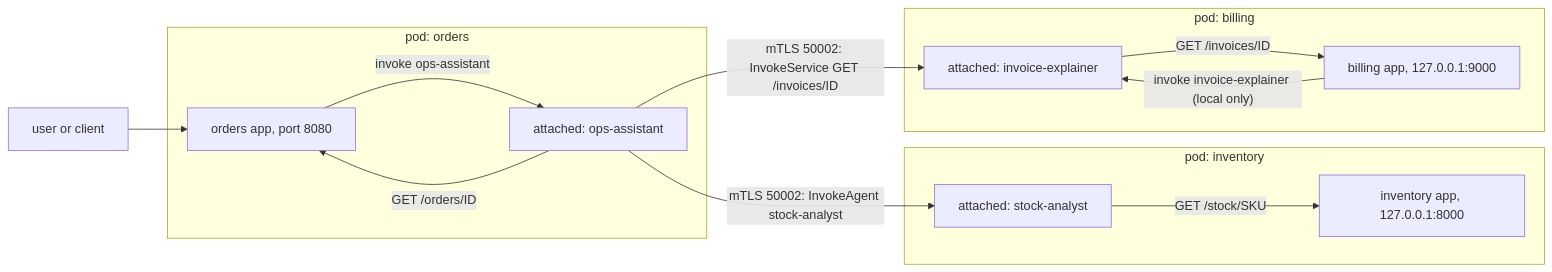
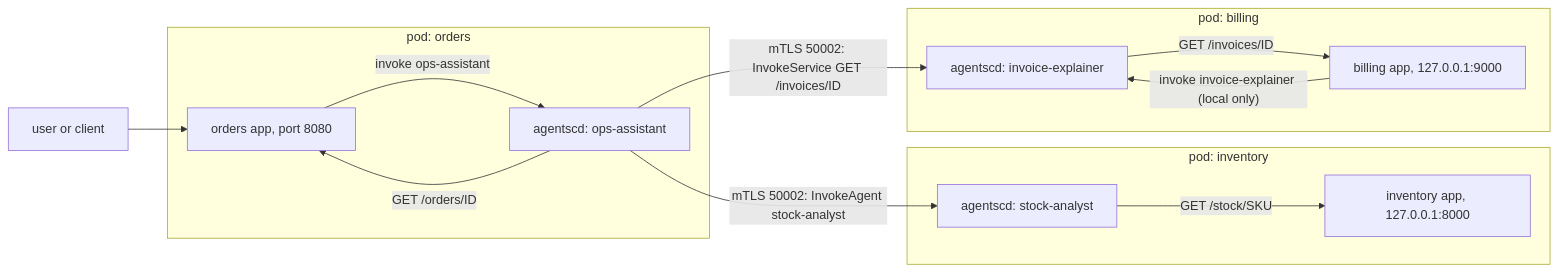
One commit to f8fvwgzc/agent-sidecar changed the first of 2 diagrams in docs/guides/microservices.md. Above: the diagram before and after it, drawn with Mermaid. The commit also changed other lines of this file and 365 other files, not shown here.

````diff
--- a/docs/guides/microservices.md
+++ b/docs/guides/microservices.md
@@ -53,18 +53,18 @@
 ```mermaid
 flowchart LR
   user["user or client"]
   subgraph orders_pod["pod: orders"]
-    oapp["orders app, port 8080"] -->|"invoke ops-assistant"| osc["attached: ops-assistant"]
+    oapp["orders app, port 8080"] -->|"invoke ops-assistant"| osc["agentscd: ops-assistant"]
     osc -->|"GET /orders/ID"| oapp
   end
   subgraph inventory_pod["pod: inventory"]
-    isc["attached: stock-analyst"] -->|"GET /stock/SKU"| iapp["inventory app, 127.0.0.1:8000"]
+    isc["agentscd: stock-analyst"] -->|"GET /stock/SKU"| iapp["inventory app, 127.0.0.1:8000"]
   end
   subgraph billing_pod["pod: billing"]
-    bsc["attached: invoice-explainer"] -->|"GET /invoices/ID"| bapp["billing app, 127.0.0.1:9000"]
+    bsc["agentscd: invoice-explainer"] -->|"GET /invoices/ID"| bapp["billing app, 127.0.0.1:9000"]
     bapp -->|"invoke invoice-explainer (local only)"| bsc
   end
   osc -->|"mTLS 50002: InvokeAgent stock-analyst"| isc
   osc -->|"mTLS 50002: InvokeService GET /invoices/ID"| bsc
   user --> oapp
 ```
````
